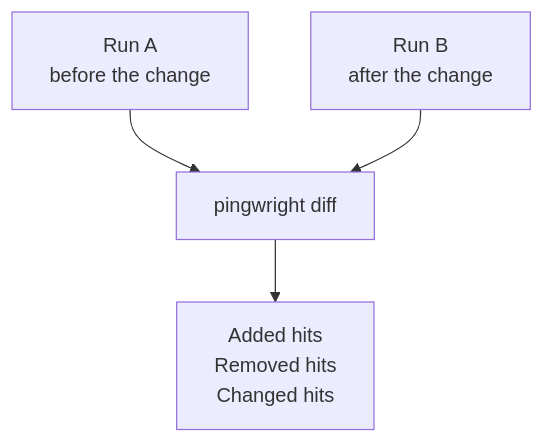
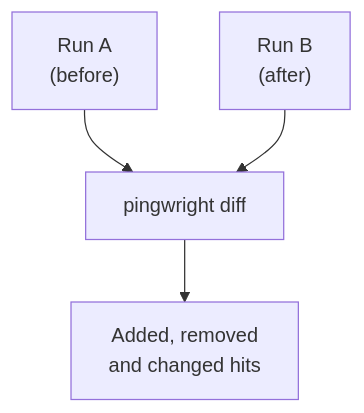
Before and after one commit to alfhen/pingwright: the second of 2 diagrams in docs/guide/reading-results.md, drawn with Mermaid. The commit also changed 6 other files, not shown here.

Commit message:
Docs diagrams: fit a 390 px screen without sideways scrolling

````diff
--- a/docs/guide/reading-results.md
+++ b/docs/guide/reading-results.md
@@ -97,6 +97,6 @@
 ```mermaid
 flowchart TB
-  a["Run A<br/>before the change"] --> d["pingwright diff"]
-  b["Run B<br/>after the change"] --> d
-  d --> r["Added hits<br/>Removed hits<br/>Changed hits"]
+  a["Run A<br/>(before)"] --> d["pingwright diff"]
+  b["Run B<br/>(after)"] --> d
+  d --> r["Added, removed<br/>and changed hits"]
 ```
````
